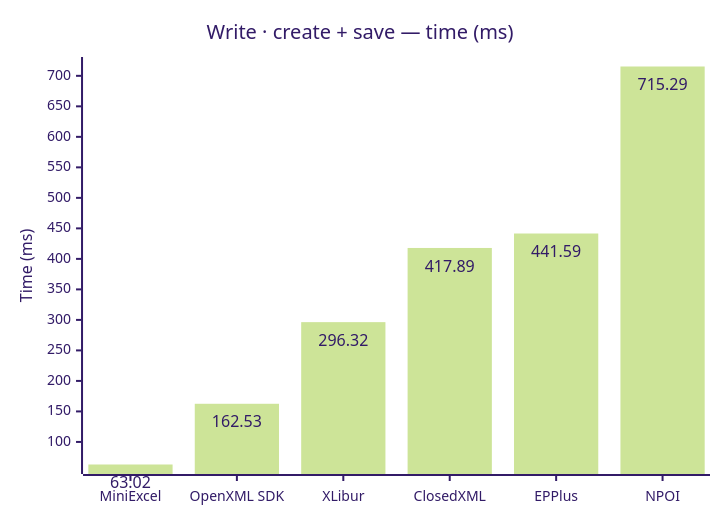
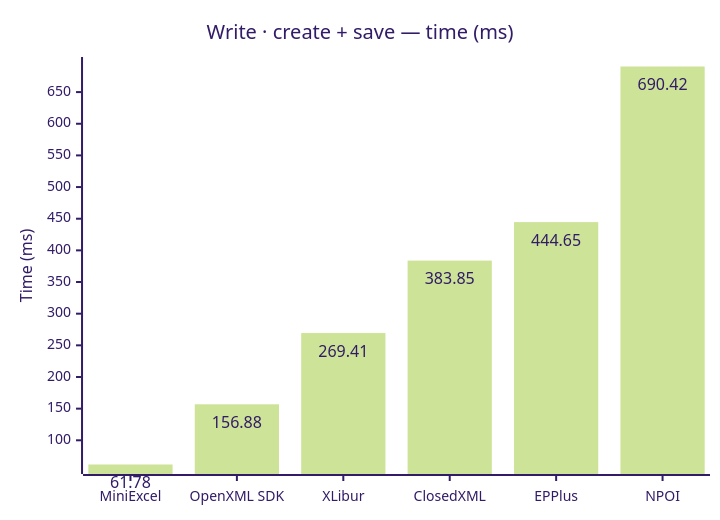
Before and after one commit to jafin/XLBench: the fifth of 6 diagrams in docs/results.md, drawn with Mermaid (forest theme). The commit also changed other lines of this file and 1 other file, not shown here.

````diff
--- a/docs/results.md
+++ b/docs/results.md
@@ -86,12 +86,12 @@
 ```mermaid
 ---
 config:
   xyChart:
     showDataLabel: true
 ---
 xychart-beta
     title "Write · create + save — time (ms)"
     x-axis ["MiniExcel", "OpenXML SDK", "XLibur", "ClosedXML", "EPPlus", "NPOI"]
     y-axis "Time (ms)"
-    bar [63.02, 162.53, 296.32, 417.89, 441.59, 715.29]
+    bar [61.78, 156.88, 269.41, 383.85, 444.65, 690.42]
 ```
````
